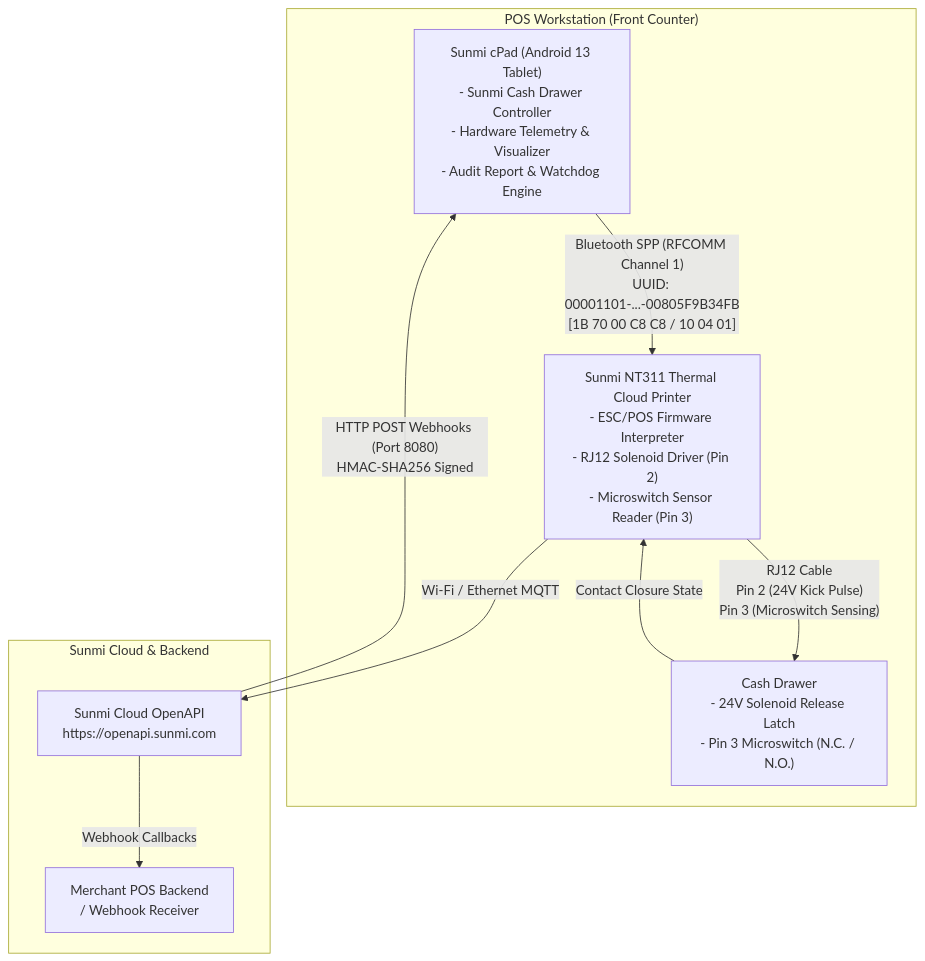
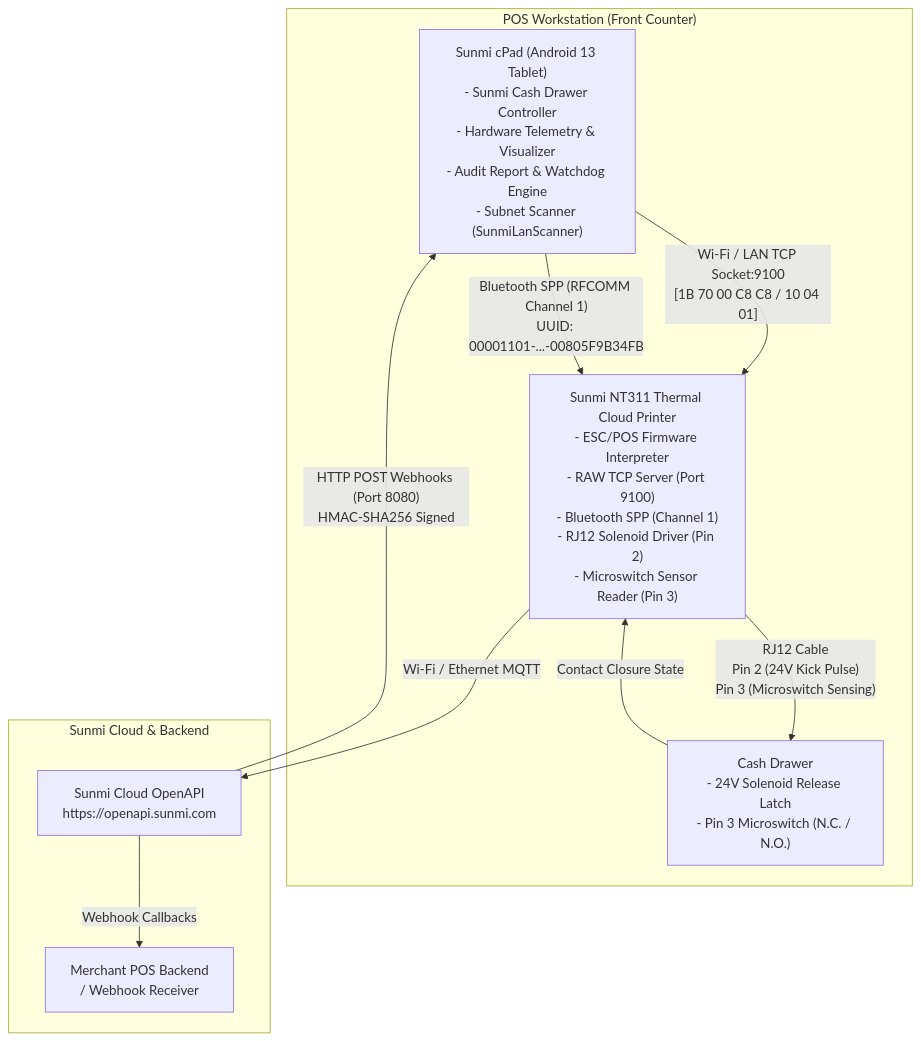
The diagram in DOCUMENTATION.md (rmartinezgh/sunmi-printer-cashdrawer-sdk), drawn with Mermaid before and after one commit. The commit also changed other lines of this file and 27 other files, not shown here.

Commit message:
feat: add Wi-Fi and Ethernet LAN connection option (port 9100) with concurrent subnet scanner and Sunmi setup guide reference

````diff
--- a/DOCUMENTATION.md
+++ b/DOCUMENTATION.md
@@ -19,20 +20,21 @@
 ```mermaid
 flowchart TD
     subgraph POS_Station["POS Workstation (Front Counter)"]
-        CPad["Sunmi cPad (Android 13 Tablet)\n- Sunmi Cash Drawer Controller\n- Hardware Telemetry & Visualizer\n- Audit Report & Watchdog Engine"]
-        NT311["Sunmi NT311 Thermal Cloud Printer\n- ESC/POS Firmware Interpreter\n- RJ12 Solenoid Driver (Pin 2)\n- Microswitch Sensor Reader (Pin 3)"]
+        CPad["Sunmi cPad (Android 13 Tablet)\n- Sunmi Cash Drawer Controller\n- Hardware Telemetry & Visualizer\n- Audit Report & Watchdog Engine\n- Subnet Scanner (SunmiLanScanner)"]
+        NT311["Sunmi NT311 Thermal Cloud Printer\n- ESC/POS Firmware Interpreter\n- RAW TCP Server (Port 9100)\n- Bluetooth SPP (Channel 1)\n- RJ12 Solenoid Driver (Pin 2)\n- Microswitch Sensor Reader (Pin 3)"]
         Drawer["Cash Drawer\n- 24V Solenoid Release Latch\n- Pin 3 Microswitch (N.C. / N.O.)"]
     end
 
     subgraph Cloud_Infrastructure["Sunmi Cloud & Backend"]
         SunmiCloud["Sunmi Cloud OpenAPI\nhttps://openapi.sunmi.com"]
         MerchantServer["Merchant POS Backend\n/ Webhook Receiver"]
     end
 
-    CPad -- "Bluetooth SPP (RFCOMM Channel 1)\nUUID: 00001101-...-00805F9B34FB\n[1B 70 00 C8 C8 / 10 04 01]" --> NT311
+    CPad -- "Wi-Fi / LAN TCP Socket:9100\n[1B 70 00 C8 C8 / 10 04 01]" --> NT311
+    CPad -- "Bluetooth SPP (RFCOMM Channel 1)\nUUID: 00001101-...-00805F9B34FB" --> NT311
     NT311 -- "RJ12 Cable\nPin 2 (24V Kick Pulse)\nPin 3 (Microswitch Sensing)" --> Drawer
     Drawer -- "Contact Closure State" --> NT311
     NT311 -- "Wi-Fi / Ethernet MQTT" --> SunmiCloud
     SunmiCloud -- "HTTP POST Webhooks (Port 8080)\nHMAC-SHA256 Signed" --> CPad
     SunmiCloud -- "Webhook Callbacks" --> MerchantServer
 ```
````
